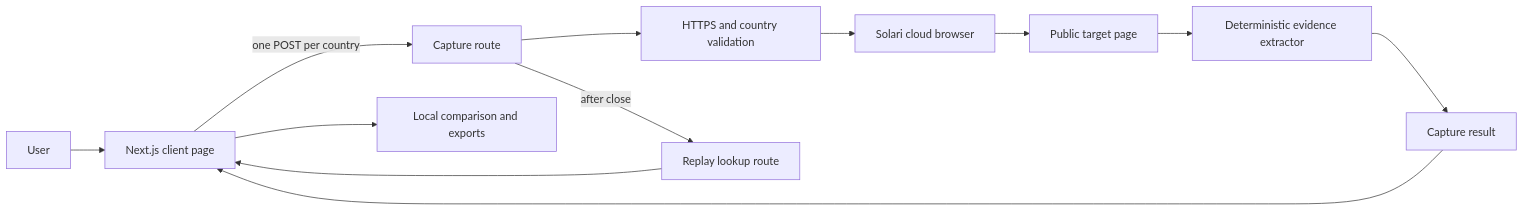
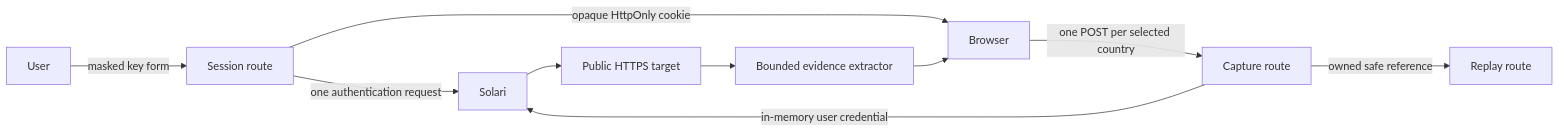
One commit to Billy-I/solari-cookbook changed the diagram in examples/localelens-web/README.md. Above: the diagram before and after it, drawn with Mermaid. The commit also changed other lines of this file and 2 other files, not shown here.

Commit message:
docs: document live-only user keys

````diff
--- a/examples/localelens-web/README.md
+++ b/examples/localelens-web/README.md
@@ -48,14 +89,12 @@
 ```mermaid
 flowchart LR
-    U[User] --> F[Next.js client page]
-    F -->|one POST per country| R[Capture route]
-    R --> V[HTTPS and country validation]
-    V --> S[Solari cloud browser]
-    S --> P[Public target page]
-    P --> E[Deterministic evidence extractor]
-    E --> C[Capture result]
-    C --> F
-    F --> D[Local comparison and exports]
-    R -->|after close| Q[Replay lookup route]
-    Q --> F
+    U[User] -->|masked key form| A[Session route]
+    A -->|one authentication request| S[Solari]
+    A -->|opaque HttpOnly cookie| B[Browser]
+    B -->|one POST per selected country| C[Capture route]
+    C -->|in-memory user credential| S
+    S --> P[Public HTTPS target]
+    P --> E[Bounded evidence extractor]
+    E --> B
+    C -->|owned safe reference| R[Replay route]
 ```
````
